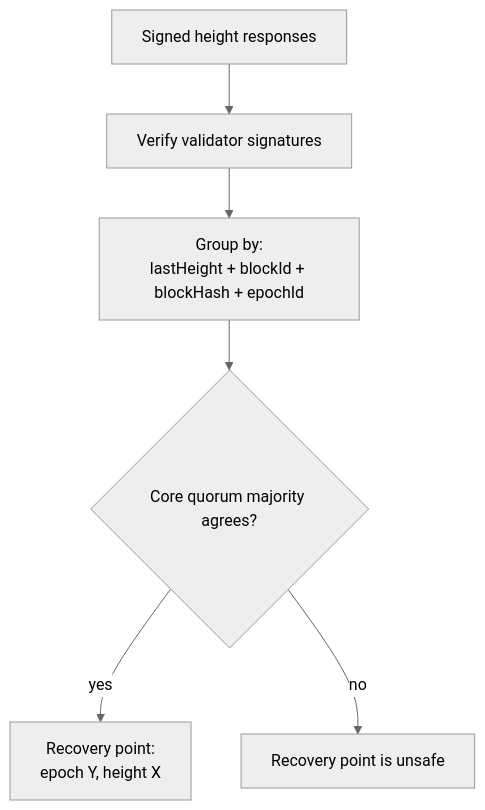
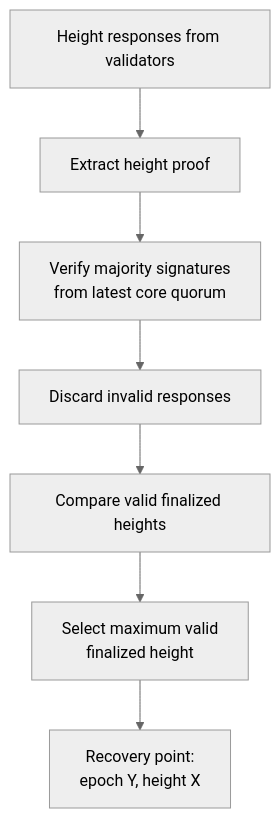
One commit to ModulrCloud/modulr-core changed the eighth of 9 diagrams in wiki/recovery_description.md. Above: the diagram before and after it, drawn with Mermaid (neutral theme). The commit also changed other lines of this file and 1 other file, not shown here.

Commit message:
Visualisations update

````diff
--- a/wiki/recovery_description.md
+++ b/wiki/recovery_description.md
@@ -166,13 +166,12 @@
 ```mermaid
 flowchart TD
-    A["Signed height responses"]
-    B["Verify validator signatures"]
-    C["Group by:<br/>lastHeight + blockId + blockHash + epochId"]
-    D{"Core quorum majority agrees?"}
-    E["Recovery point:<br/>epoch Y, height X"]
-    F["Recovery point is unsafe"]
+    A["Height responses from validators"]
+    B["Extract height proof"]
+    C["Discard invalid responses"]
+    D["Verify majority signatures<br/>from latest core quorum"]
+    E["Compare valid finalized heights"]
+    F["Select maximum valid<br/>finalized height"]
+    G["Recovery point:<br/>epoch Y, height X"]
 
-    A --> B --> C --> D
-    D -- yes --> E
-    D -- no --> F
+    A --> B --> D --> C --> E --> F --> G
 ```
````
